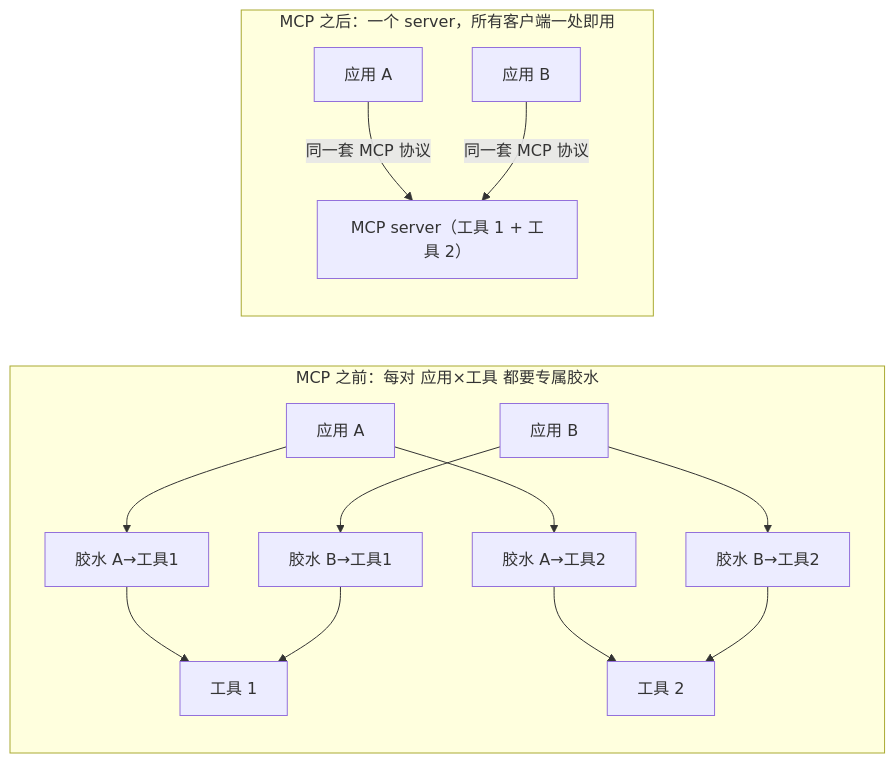
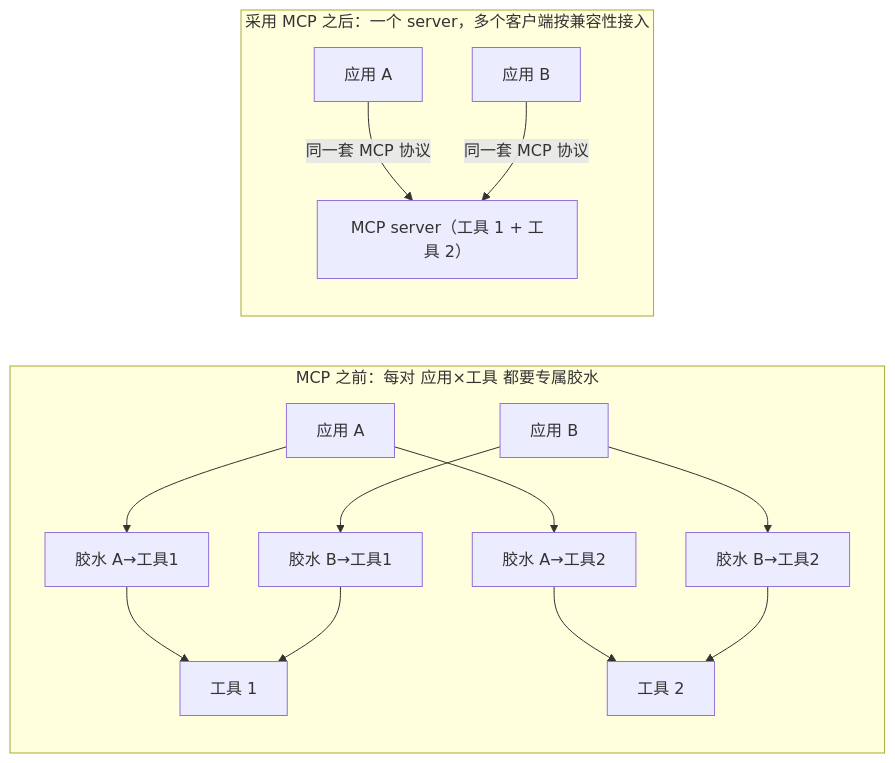
Before and after one commit to MoreConsequence/MoreConsequence.github.io: the first of 4 diagrams in content/posts/ai-agent-protocol-stack.md, drawn with Mermaid. The commit also changed other lines of this file and 263 other files, not shown here.

````diff
--- a/content/posts/ai-agent-protocol-stack.md
+++ b/content/posts/ai-agent-protocol-stack.md
@@ -58,13 +58,13 @@
 ```mermaid
 flowchart LR
     subgraph before["MCP 之前：每对 应用×工具 都要专属胶水"]
         A1["应用 A"] --> G1["胶水 A→工具1"] --> T1["工具 1"]
         A1 --> G2["胶水 A→工具2"] --> T2["工具 2"]
         A2["应用 B"] --> G3["胶水 B→工具1"] --> T1
         A2 --> G4["胶水 B→工具2"] --> T2
     end
-    subgraph after["MCP 之后：一个 server，所有客户端一处即用"]
+    subgraph after["采用 MCP 之后：一个 server，多个客户端按兼容性接入"]
         A1b["应用 A"] -->|"同一套 MCP 协议"| S["MCP server（工具 1 + 工具 2）"]
         A2b["应用 B"] -->|"同一套 MCP 协议"| S
     end
 ```
````
